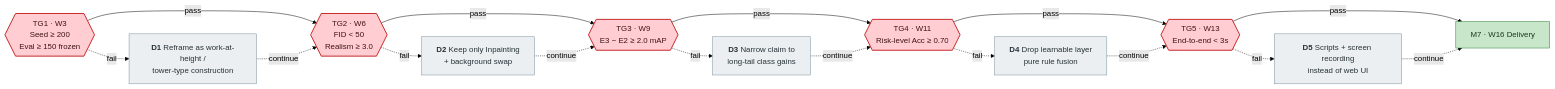
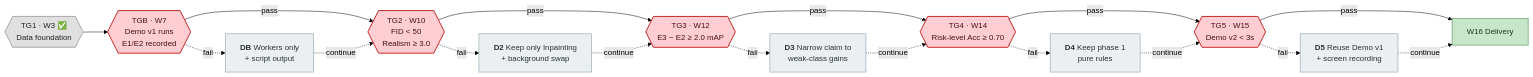
One commit to muamuauh/AY26S1-45-SPML changed the third of 4 diagrams in docs/05-Technological-Roadmap-EN.md. Above: the diagram before and after it, drawn with Mermaid (forest theme). The commit also changed other lines of this file and 17 other files, not shown here.

First line of the commit message:
docs: switch to baseline-first two-phase flow and prune stale content

````diff
--- a/docs/05-Technological-Roadmap-EN.md
+++ b/docs/05-Technological-Roadmap-EN.md
@@ -285,26 +324,28 @@
 ```mermaid
 flowchart LR
+    classDef done fill:#e0e0e0,stroke:#616161,stroke-width:1px,color:#212121
     classDef gate fill:#ffcdd2,stroke:#c62828,stroke-width:2px,color:#3e1416
     classDef pass fill:#c8e6c9,stroke:#2e7d32,stroke-width:1px,color:#1b3a1e
     classDef down fill:#eceff1,stroke:#78909c,stroke-width:1px,color:#263238
 
-    TG1{{"TG1 · W3<br/>Seed ≥ 200<br/>Eval ≥ 150 frozen"}}:::gate
-    TG2{{"TG2 · W6<br/>FID &lt; 50<br/>Realism ≥ 3.0"}}:::gate
-    TG3{{"TG3 · W9<br/>E3 − E2 ≥ 2.0 mAP"}}:::gate
-    TG4{{"TG4 · W11<br/>Risk-level Acc ≥ 0.70"}}:::gate
-    TG5{{"TG5 · W13<br/>End-to-end &lt; 3s"}}:::gate
-    DONE["M7 · W16 Delivery"]:::pass
+    TG1{{"TG1 · W3 ✅<br/>Data foundation"}}:::done
+    TGB{{"TGB · W7<br/>Demo v1 runs<br/>E1/E2 recorded"}}:::gate
+    TG2{{"TG2 · W10<br/>FID &lt; 50<br/>Realism ≥ 3.0"}}:::gate
+    TG3{{"TG3 · W12<br/>E3 − E2 ≥ 2.0 mAP"}}:::gate
+    TG4{{"TG4 · W14<br/>Risk-level Acc ≥ 0.70"}}:::gate
+    TG5{{"TG5 · W15<br/>Demo v2 &lt; 3s"}}:::gate
+    DONE["W16 Delivery"]:::pass
 
-    D1["<b>D1</b> Reframe as work-at-height /<br/>tower-type construction"]:::down
+    DB["<b>DB</b> Workers only<br/>+ script output"]:::down
     D2["<b>D2</b> Keep only Inpainting<br/>+ background swap"]:::down
-    D3["<b>D3</b> Narrow claim to<br/>long-tail class gains"]:::down
-    D4["<b>D4</b> Drop learnable layer<br/>pure rule fusion"]:::down
-    D5["<b>D5</b> Scripts + screen recording<br/>instead of web UI"]:::down
+    D3["<b>D3</b> Narrow claim to<br/>weak-class gains"]:::down
+    D4["<b>D4</b> Keep phase 1<br/>pure rules"]:::down
+    D5["<b>D5</b> Reuse Demo v1<br/>+ screen recording"]:::down
 
-    TG1 -->|pass| TG2 -->|pass| TG3 -->|pass| TG4 -->|pass| TG5 -->|pass| DONE
-    TG1 -.fail.-> D1 -.continue.-> TG2
+    TG1 --> TGB -->|pass| TG2 -->|pass| TG3 -->|pass| TG4 -->|pass| TG5 -->|pass| DONE
+    TGB -.fail.-> DB -.continue.-> TG2
     TG2 -.fail.-> D2 -.continue.-> TG3
     TG3 -.fail.-> D3 -.continue.-> TG4
     TG4 -.fail.-> D4 -.continue.-> TG5
     TG5 -.fail.-> D5 -.continue.-> DONE
 ```
````
